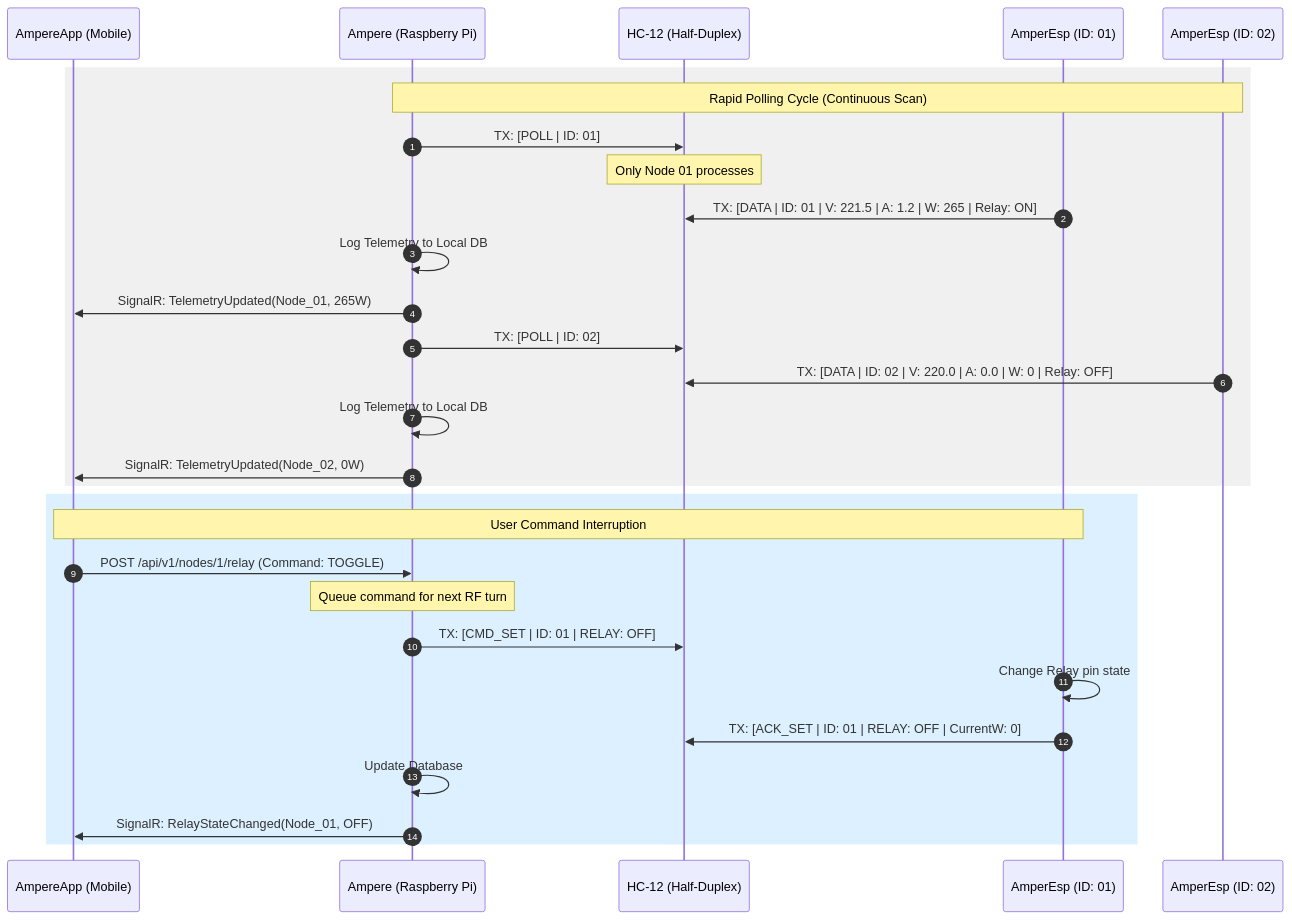
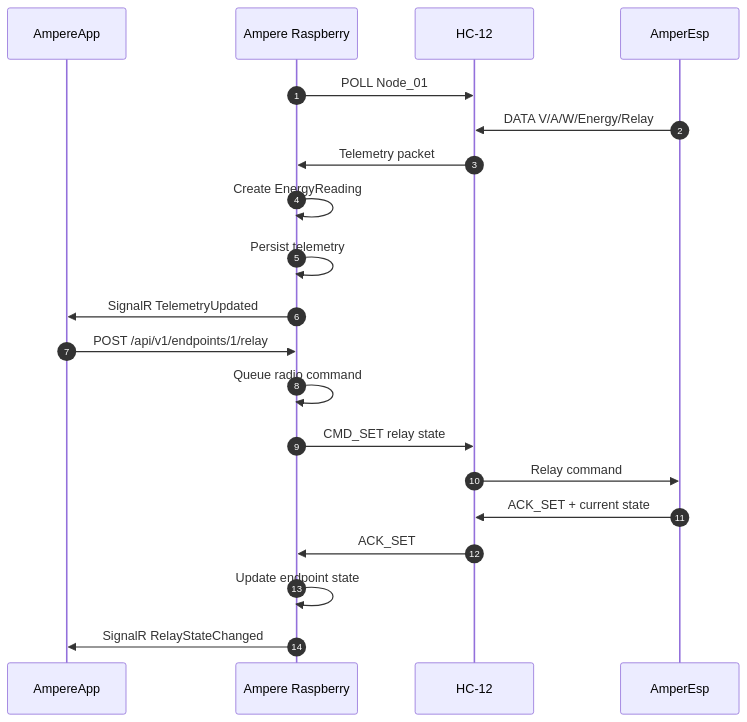
Before and after one commit to remotecodehub/Ampere: the third of 5 diagrams in docs/project-architecture.md, drawn with Mermaid. The commit also changed other lines of this file, not shown here.

Commit message:
docs: replace MQTT flows with SignalR and RF

````diff
--- a/docs/project-architecture.md
+++ b/docs/project-architecture.md
@@ -336,34 +279,24 @@
-```mermaid 
+```mermaid
 sequenceDiagram
-autonumber
-participant App as AmpereApp (Mobile)
-participant Server as Ampere (Raspberry Pi)
-participant RF as HC-12 (Half-Duplex)
-participant Node1 as AmperEsp (ID: 01)
-participant Node2 as AmperEsp (ID: 02)
+    autonumber
+    participant App as AmpereApp
+    participant Server as Ampere Raspberry
+    participant RF as HC-12
+    participant Node as AmperEsp
 
-rect rgb(240, 240, 240)
-    Note over Server, Node2: Rapid Polling Cycle (Continuous Scan)
-    Server->>RF: TX: [POLL | ID: 01]
-    Note over RF: Only Node 01 processes
-    Node1->>RF: TX: [DATA | ID: 01 | V: 221.5 | A: 1.2 | W: 265 | Relay: ON]
-    Server->>Server: Log Telemetry to Local DB
-    Server->>App: SignalR: TelemetryUpdated(Node_01, 265W)
+    Server->>RF: POLL Node_01
+    Node->>RF: DATA V/A/W/Energy/Relay
+    RF->>Server: Telemetry packet
+    Server->>Server: Create EnergyReading
+    Server->>Server: Persist telemetry
+    Server->>App: SignalR TelemetryUpdated
 
-    Server->>RF: TX: [POLL | ID: 02]
-    Node2->>RF: TX: [DATA | ID: 02 | V: 220.0 | A: 0.0 | W: 0 | Relay: OFF]
-    Server->>Server: Log Telemetry to Local DB
-    Server->>App: SignalR: TelemetryUpdated(Node_02, 0W)
-end
-
-rect rgb(220, 240, 255)
-    Note over App, Node1: User Command Interruption
-    App->>Server: POST /api/v1/nodes/1/relay (Command: TOGGLE)
-    Note over Server: Queue command for next RF turn
-    Server->>RF: TX: [CMD_SET | ID: 01 | RELAY: OFF]
-    Node1->>Node1: Change Relay pin state
-    Node1->>RF: TX: [ACK_SET | ID: 01 | RELAY: OFF | CurrentW: 0]
-    Server->>Server: Update Database
-    Server->>App: SignalR: RelayStateChanged(Node_01, OFF)
-end
+    App->>Server: POST /api/v1/endpoints/1/relay
+    Server->>Server: Queue radio command
+    Server->>RF: CMD_SET relay state
+    RF->>Node: Relay command
+    Node->>RF: ACK_SET + current state
+    RF->>Server: ACK_SET
+    Server->>Server: Update endpoint state
+    Server->>App: SignalR RelayStateChanged
 ```
````
